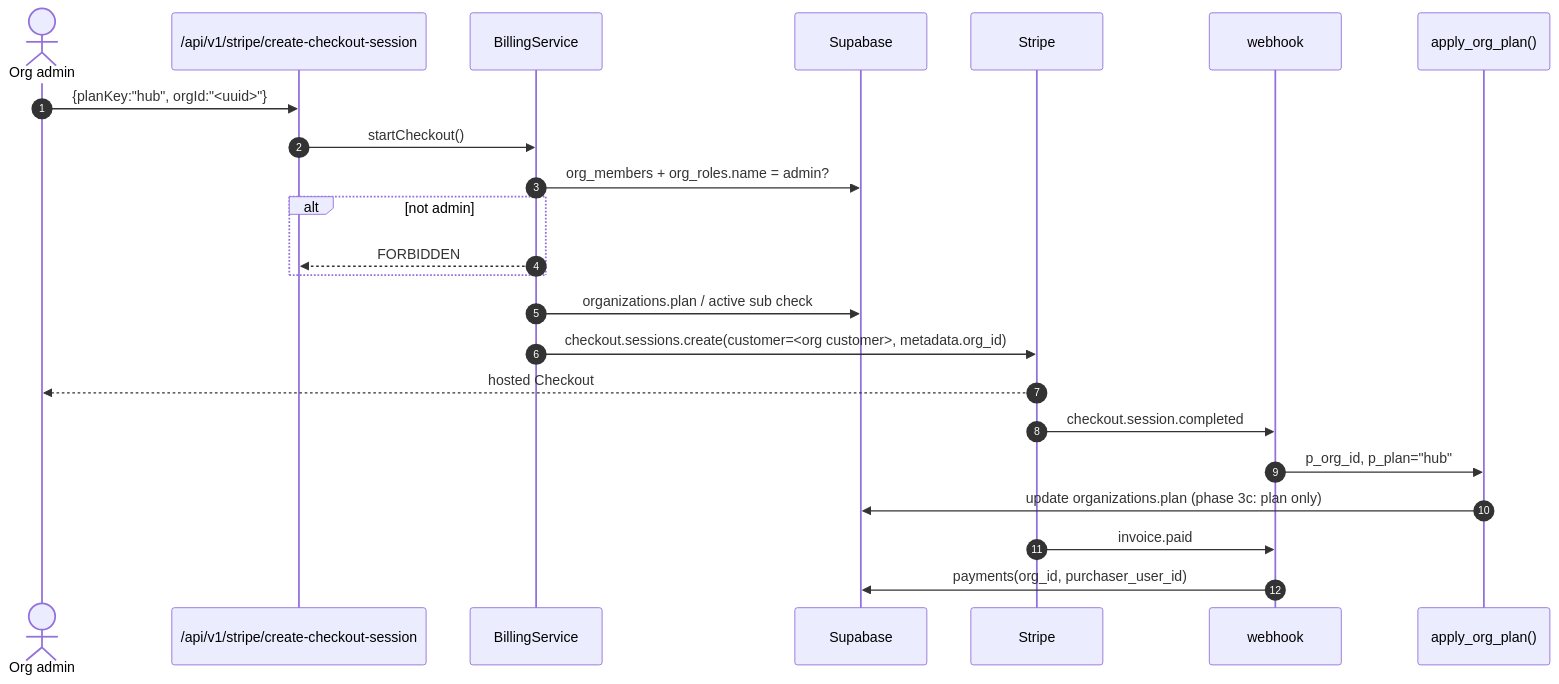
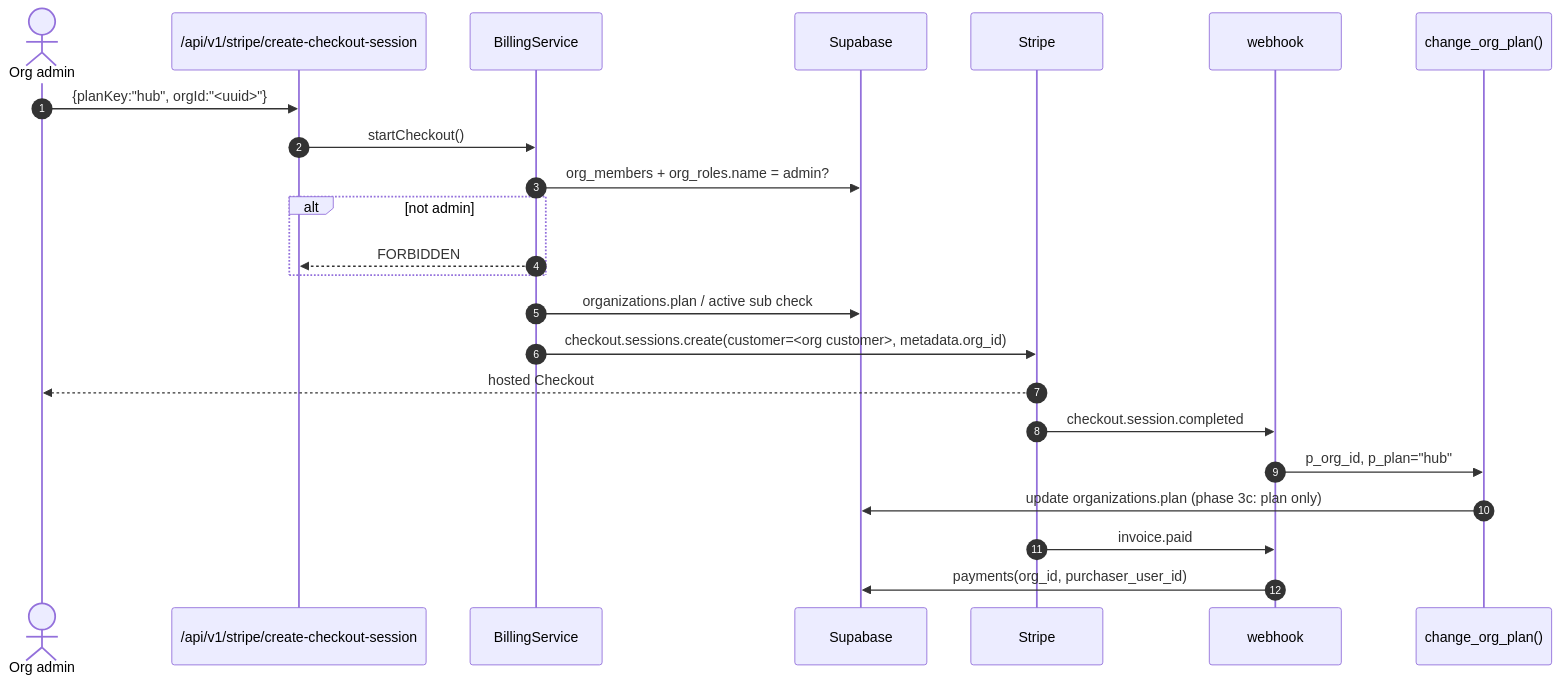
Before and after one commit to logyQT/studiq: the third of 6 diagrams in docs/plans/662-stripe-integration.md, drawn with Mermaid. The commit also changed other lines of this file and 3 other files, not shown here.

````diff
--- a/docs/plans/662-stripe-integration.md
+++ b/docs/plans/662-stripe-integration.md
@@ -169,26 +169,26 @@
 ```mermaid
 sequenceDiagram
     autonumber
     actor A as Org admin
     participant API as /api/v1/stripe/create-checkout-session
     participant B as BillingService
     participant DB as Supabase
     participant S as Stripe
     participant W as webhook
-    participant F as apply_org_plan()
+    participant F as change_org_plan()
 
     A->>API: {planKey:"hub", orgId:"<uuid>"}
     API->>B: startCheckout()
     B->>DB: org_members + org_roles.name = admin?
     alt not admin
         B-->>API: FORBIDDEN
     end
     B->>DB: organizations.plan / active sub check
     B->>S: checkout.sessions.create(customer=<org customer>, metadata.org_id)
     S-->>A: hosted Checkout
     S->>W: checkout.session.completed
     W->>F: p_org_id, p_plan="hub"
     F->>DB: update organizations.plan (phase 3c: plan only)
     S->>W: invoice.paid
     W->>DB: payments(org_id, purchaser_user_id)
 ```
````
